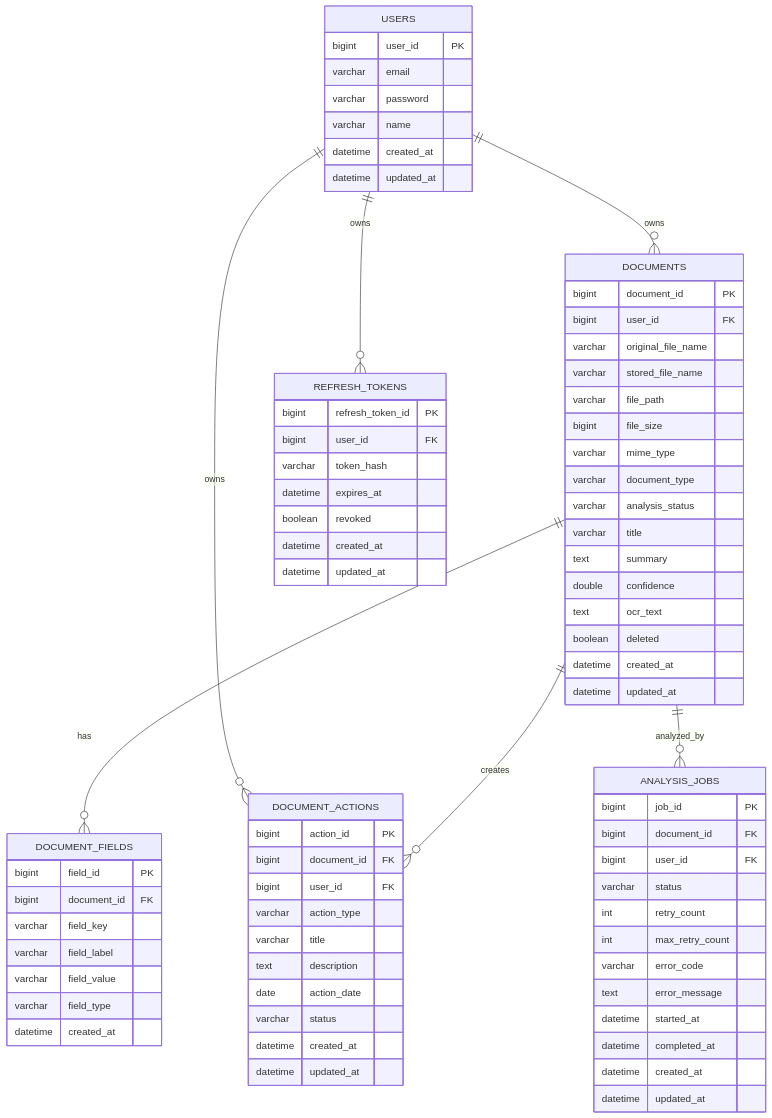
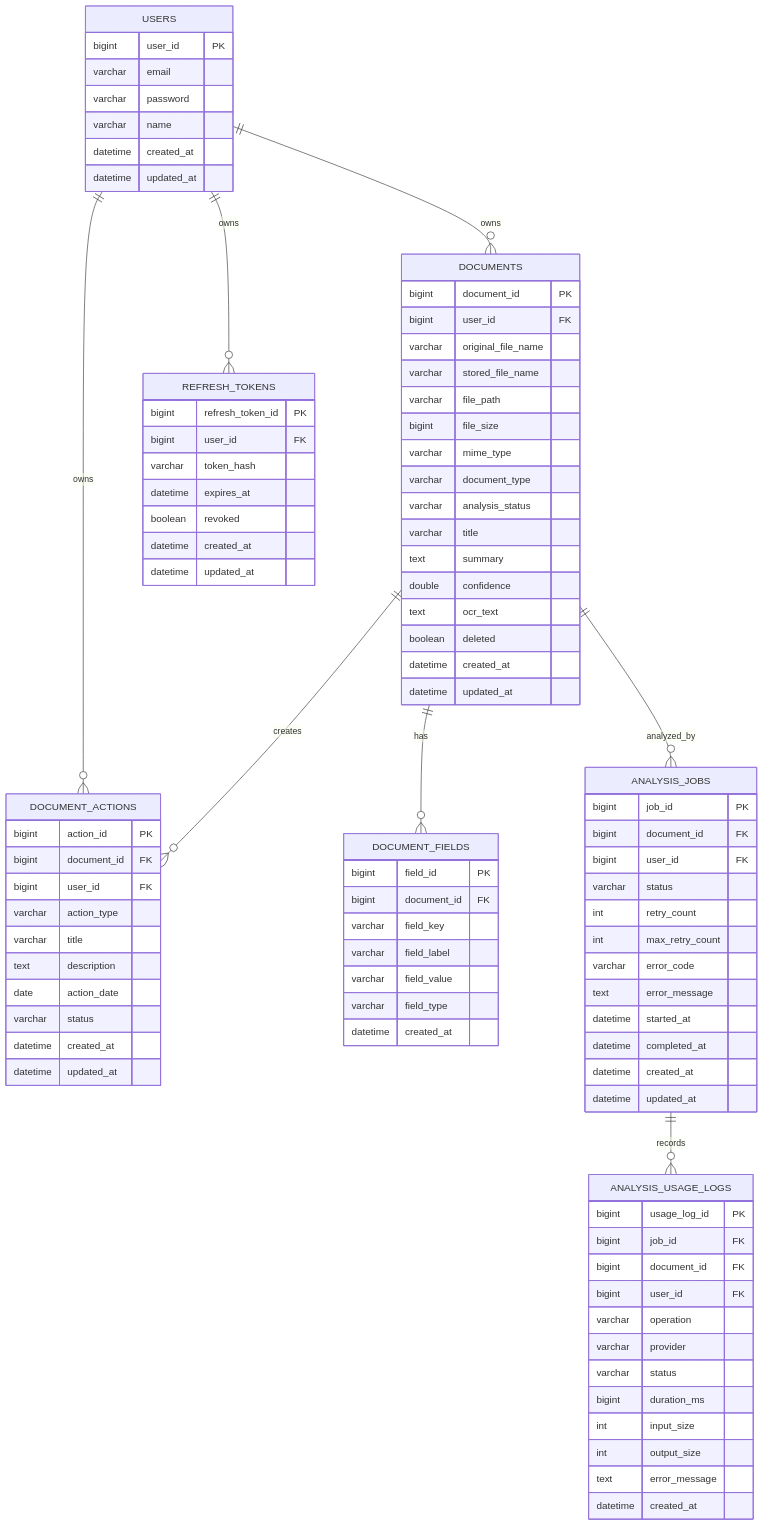
One commit to oseokk/docuaction-ai changed the diagram in docs/erd.md. Above: the diagram before and after it, drawn with Mermaid. The commit also changed other lines of this file and 9 other files, not shown here.

Commit message:
Add analysis usage logging

```diff
--- a/docs/erd.md
+++ b/docs/erd.md
@@ -10,6 +10,7 @@
     DOCUMENTS ||--o{ DOCUMENT_FIELDS : has
     DOCUMENTS ||--o{ DOCUMENT_ACTIONS : creates
     DOCUMENTS ||--o{ ANALYSIS_JOBS : analyzed_by
+    ANALYSIS_JOBS ||--o{ ANALYSIS_USAGE_LOGS : records
 
     USERS {
         bigint user_id PK
@@ -74,6 +75,21 @@
         datetime updated_at
     }
 
+    ANALYSIS_USAGE_LOGS {
+        bigint usage_log_id PK
+        bigint job_id FK
+        bigint document_id FK
+        bigint user_id FK
+        varchar operation
+        varchar provider
+        varchar status
+        bigint duration_ms
+        int input_size
+        int output_size
+        text error_message
+        datetime created_at
+    }
+
     DOCUMENT_ACTIONS {
         bigint action_id PK
         bigint document_id FK
```
